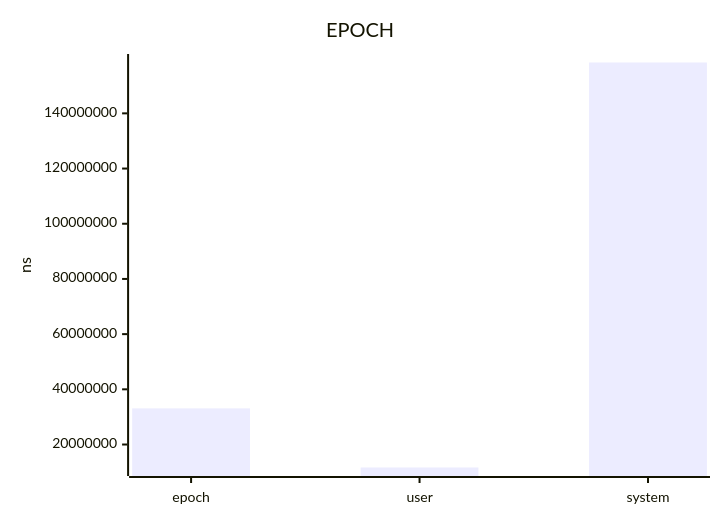
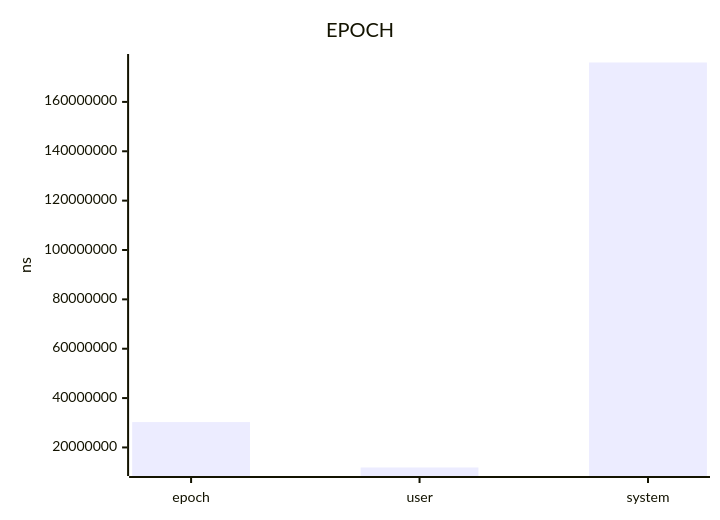
The diagram in benchmark/saw-find-literal-vs-rg-report.md (jrengmusic/saw), drawn with Mermaid before and after one commit. The commit also changed other lines of this file and 434 other files, not shown here.

````diff
--- a/benchmark/saw-find-literal-vs-rg-report.md
+++ b/benchmark/saw-find-literal-vs-rg-report.md
@@ -24,7 +23,7 @@
 ```mermaid
 xychart-beta
 title "EPOCH"
 x-axis ["epoch", "user", "system"]
 y-axis "ns"
-bar [33102166.66666666790843010, 11672000.00000000000000000, 158428000.00000000000000000]
+bar [30275875.00000000000000000, 11874000.00000000000000000, 175967000.00000000000000000]
 ```
````
